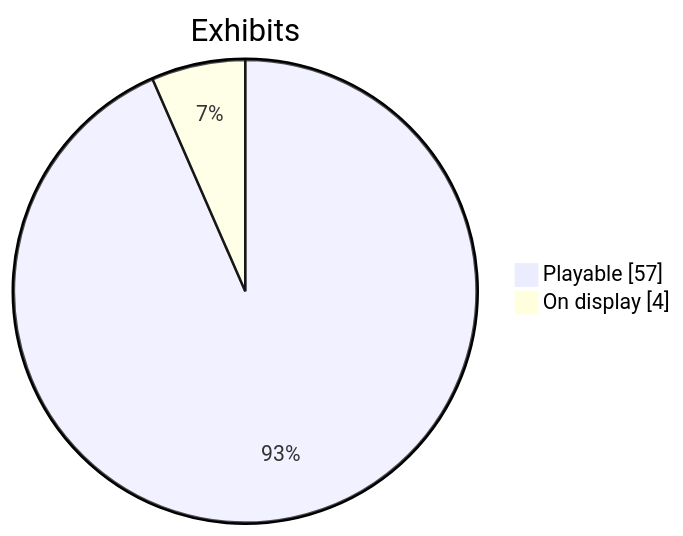
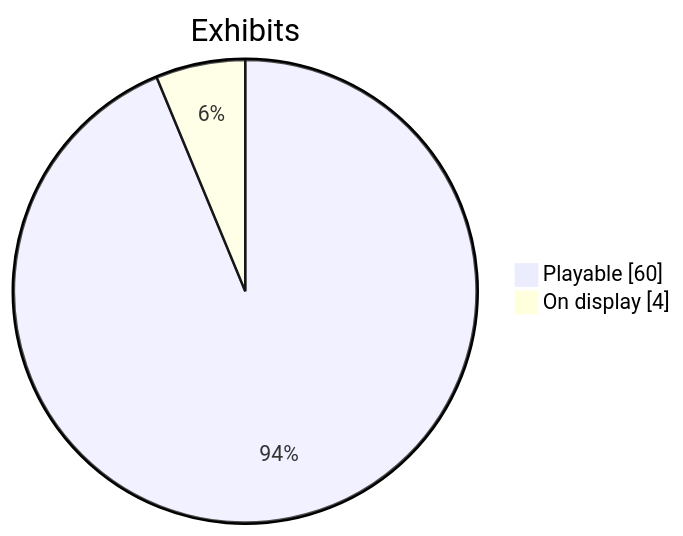
Before and after one commit to CptNope/Librarium-Archives: the second of 2 diagrams in docs/roadmap.md, drawn with Mermaid. The commit also changed other lines of this file and 15 other files, not shown here.

````diff
--- a/docs/roadmap.md
+++ b/docs/roadmap.md
@@ -25,6 +26,6 @@
 ```mermaid
 pie showData
     title Exhibits
-    "Playable" : 57
+    "Playable" : 60
     "On display" : 4
 ```
````
